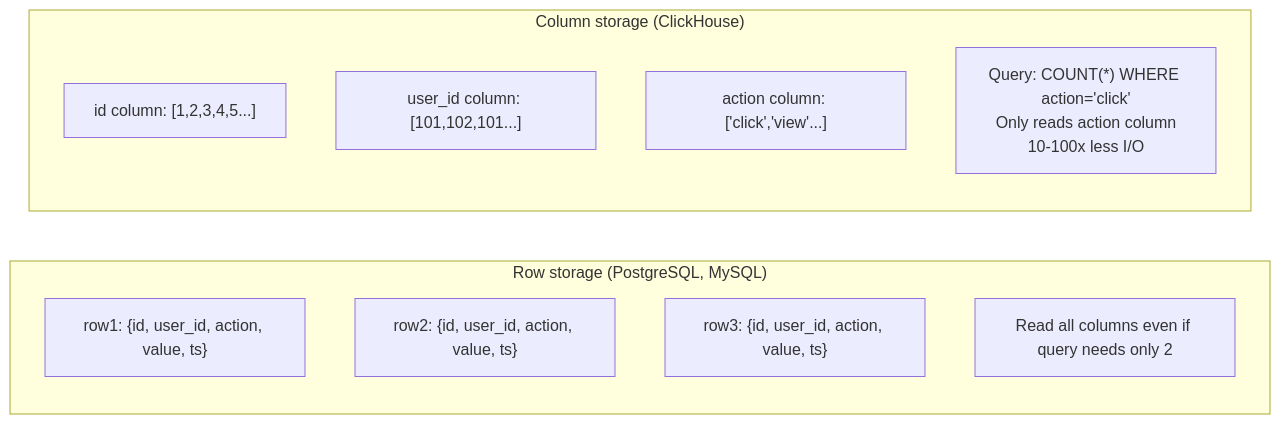
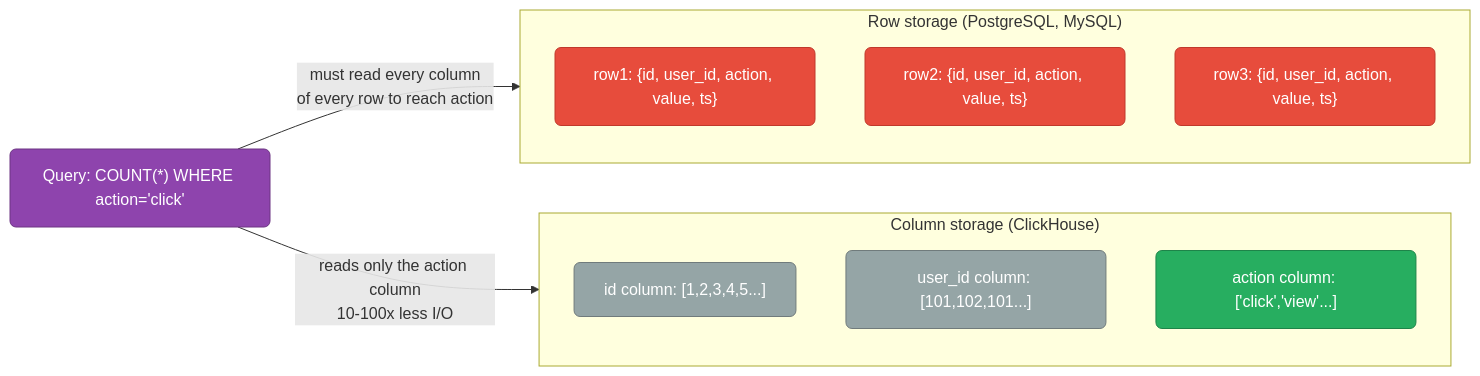
The second of 6 diagrams in databases/clickhouse-internals.md (deepanshu-rawat6/DevOpsIndex), drawn with Mermaid before and after one commit. The commit also changed other lines of this file and 7 other files, not shown here.

````diff
--- a/databases/clickhouse-internals.md
+++ b/databases/clickhouse-internals.md
@@ -29,16 +83,24 @@
 ```mermaid
 graph LR
-    subgraph "Row storage (PostgreSQL, MySQL)"
-        R1["row1: {id, user_id, action, value, ts}"]
-        R2["row2: {id, user_id, action, value, ts}"]
-        R3["row3: {id, user_id, action, value, ts}"]
-        NOTE_ROW["Read all columns even if query needs only 2"]
+    classDef query fill:#8e44ad,stroke:#6c3483,color:#fff,rx:6
+    classDef mustread fill:#e74c3c,stroke:#c0392b,color:#fff,rx:6
+    classDef skip fill:#95a5a6,stroke:#707b7c,color:#fff,rx:6
+    classDef actualread fill:#27ae60,stroke:#1e8449,color:#fff,rx:6
+
+    Q["Query: COUNT(*) WHERE action='click'"]:::query
+
+    subgraph ROW["Row storage (PostgreSQL, MySQL)"]
+        R1["row1: {id, user_id, action, value, ts}"]:::mustread
+        R2["row2: {id, user_id, action, value, ts}"]:::mustread
+        R3["row3: {id, user_id, action, value, ts}"]:::mustread
     end
 
-    subgraph "Column storage (ClickHouse)"
-        C_ID["id column: [1,2,3,4,5...]"]
-        C_USR["user_id column: [101,102,101...]"]
-        C_ACT["action column: ['click','view'...]"]
-        NOTE_COL["Query: COUNT(*) WHERE action='click'<br>Only reads action column<br>10-100x less I/O"]
+    subgraph COL["Column storage (ClickHouse)"]
+        C_ID["id column: [1,2,3,4,5...]"]:::skip
+        C_USR["user_id column: [101,102,101...]"]:::skip
+        C_ACT["action column: ['click','view'...]"]:::actualread
     end
+
+    Q -->|"must read every column<br/>of every row to reach action"| ROW
+    Q -->|"reads only the action column<br/>10-100x less I/O"| COL
 ```
````
